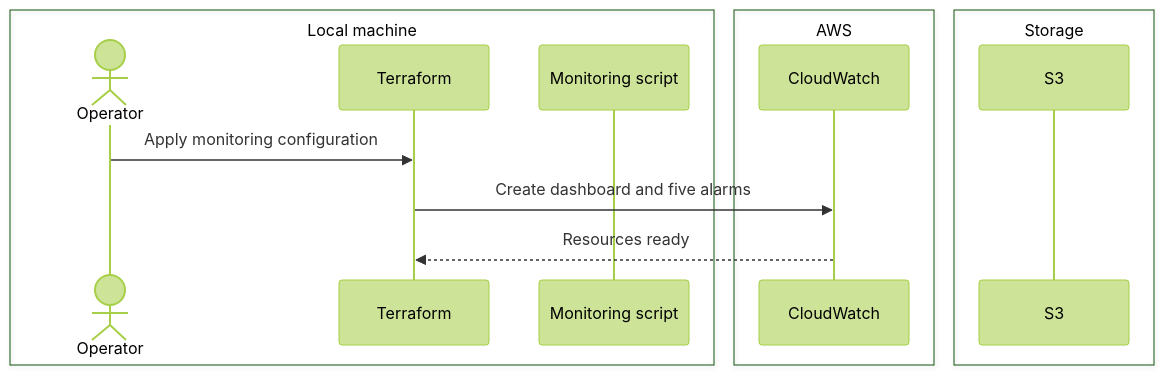
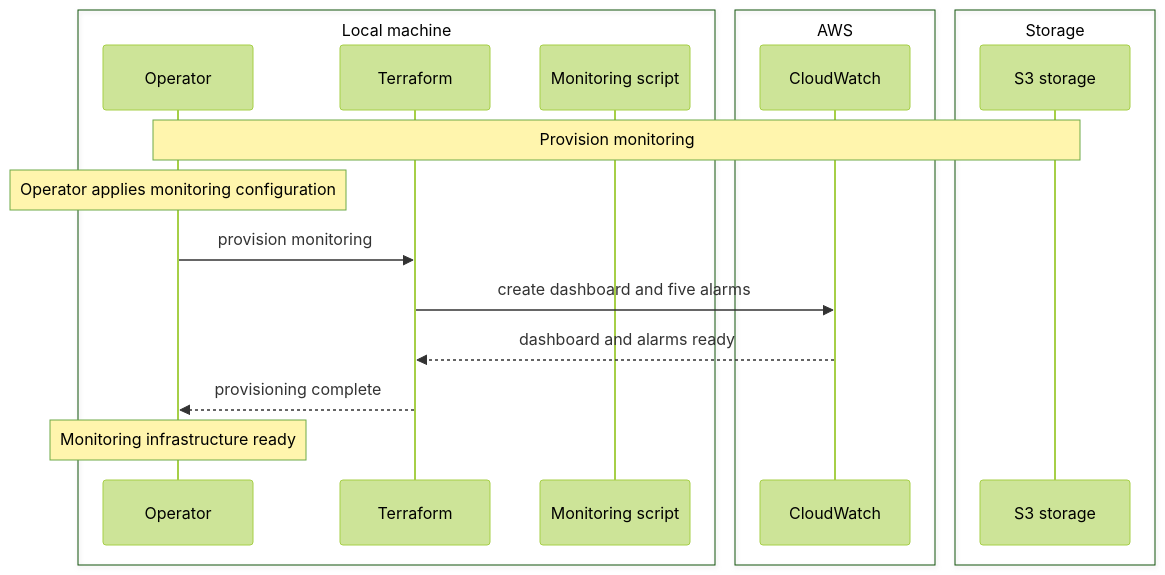
One commit to MaximeBoulat/customer-churn-pipeline changed the diagram in Documentation/Pipeline/Children/Monitoring/Resources/SequenceDiagram_Action_1.md. Above: the diagram before and after it, drawn with Mermaid (forest theme). The commit also changed 3 other files, not shown here.

````diff
--- a/Documentation/Pipeline/Children/Monitoring/Resources/SequenceDiagram_Action_1.md
+++ b/Documentation/Pipeline/Children/Monitoring/Resources/SequenceDiagram_Action_1.md
@@ -1,17 +1,21 @@
 ```mermaid
 sequenceDiagram
     box Local machine
-        actor Operator
+        participant Operator
         participant Terraform
         participant Monitor as Monitoring script
     end
     box AWS
         participant CW as CloudWatch
     end
     box Storage
-        participant S3
+        participant S3 as S3 storage
     end
-    Operator->>Terraform: Apply monitoring configuration
-    Terraform->>CW: Create dashboard and five alarms
-    CW-->>Terraform: Resources ready
+    Note over Operator,S3: Provision monitoring
+    Note over Operator: Operator applies monitoring configuration
+    Operator->>Terraform: provision monitoring
+    Terraform->>CW: create dashboard and five alarms
+    CW-->>Terraform: dashboard and alarms ready
+    Terraform-->>Operator: provisioning complete
+    Note over Operator: Monitoring infrastructure ready
 ```
````
